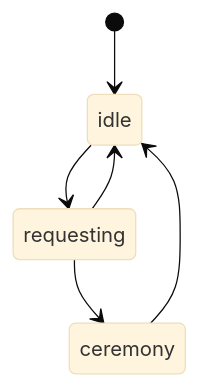
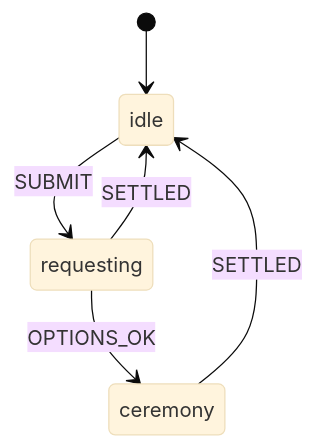
One commit to kody-hq/kody changed diagram 43 of 52 in docs/contributing/state-machines.md. Above: the diagram before and after it, drawn with Mermaid (base theme). The commit also changed other lines of this file and 78 other files, not shown here.

Commit message:
refactor: drive UI flows with XState actors

````diff
--- a/docs/contributing/state-machines.md
+++ b/docs/contributing/state-machines.md
@@ -1453,8 +1530,8 @@
 ```mermaid
 stateDiagram-v2
     [*] --> idle
-    idle --> requesting
-    requesting --> ceremony
-    requesting --> idle
-    ceremony --> idle
+    idle --> requesting: SUBMIT
+    requesting --> ceremony: OPTIONS_OK
+    requesting --> idle: SETTLED
+    ceremony --> idle: SETTLED
 ```
````
